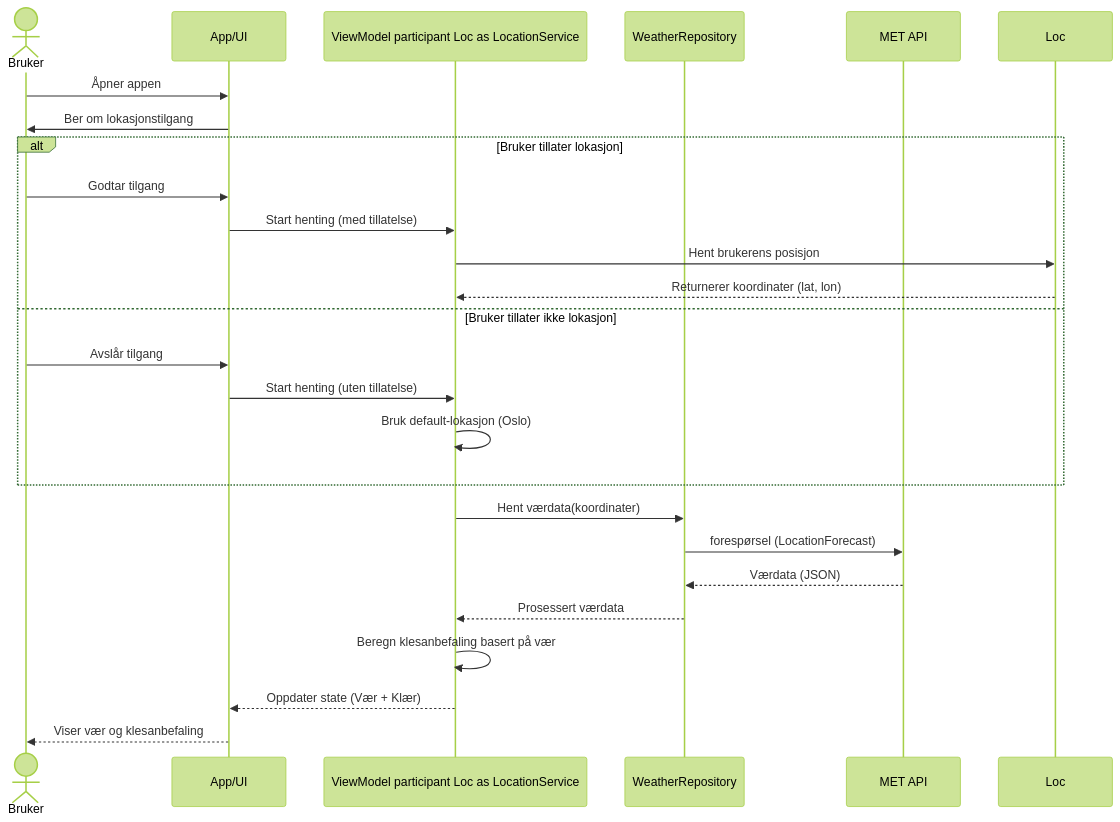
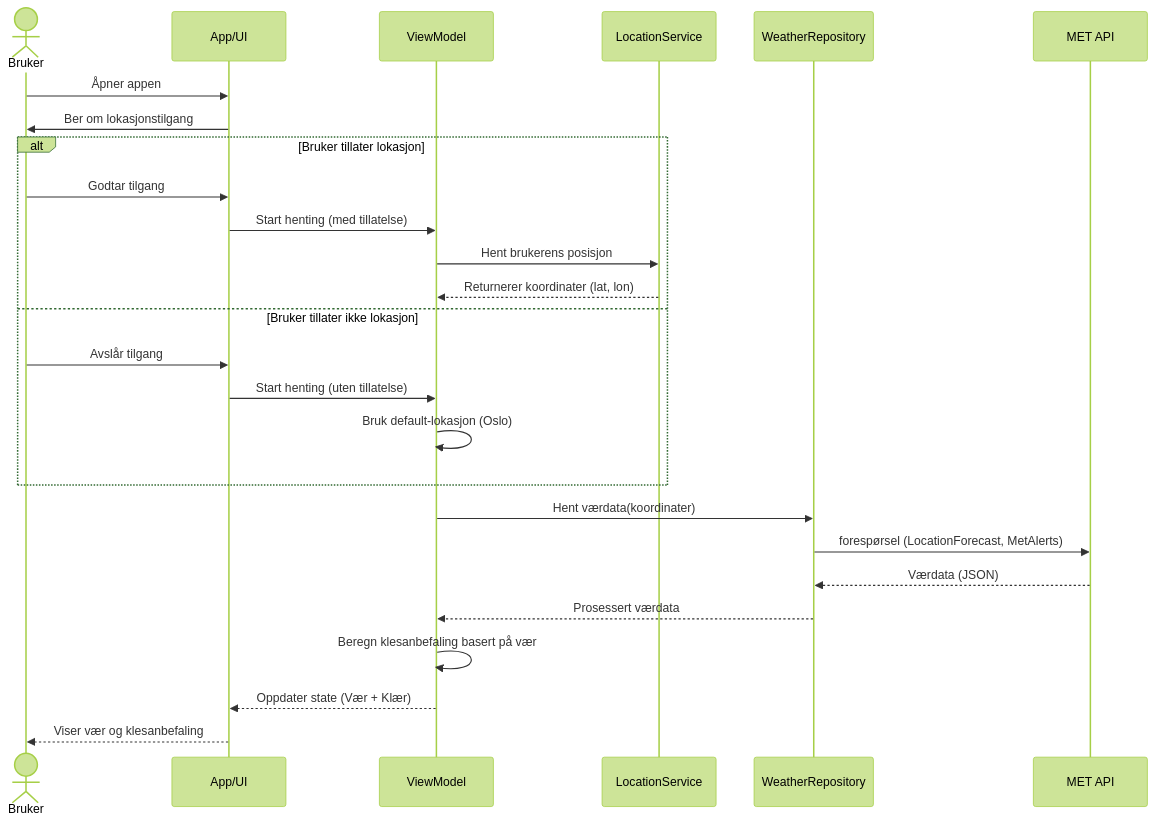
Before and after one commit to karolineogard/tskjortevaer-app: the third of 3 diagrams in MODELING.md, drawn with Mermaid (forest theme). The commit also changed other lines of this file, not shown here.

````diff
--- a/MODELING.md
+++ b/MODELING.md
@@ -100,31 +187,32 @@
 ```mermaid
 sequenceDiagram
     actor Bruker
     participant UI as App/UI
-    participant VM as ViewModel    participant Loc as LocationService
+    participant VM as ViewModel    
+    participant Loc as LocationService
     participant Repo as WeatherRepository
     participant API as MET API
 
     Bruker->>UI: Åpner appen
     UI->>Bruker: Ber om lokasjonstilgang
     
     alt Bruker tillater lokasjon
         Bruker->>UI: Godtar tilgang
         UI->>VM: Start henting (med tillatelse)
         VM->>Loc: Hent brukerens posisjon
         Loc-->>VM: Returnerer koordinater (lat, lon)
     else Bruker tillater ikke lokasjon
         Bruker->>UI: Avslår tilgang
         UI->>VM: Start henting (uten tillatelse)
         VM->>VM: Bruk default-lokasjon (Oslo)
     end
 
     VM->>Repo: Hent værdata(koordinater)
-    Repo->>API: forespørsel (LocationForecast)
+    Repo->>API: forespørsel (LocationForecast, MetAlerts)
     API-->>Repo: Værdata (JSON)
     Repo-->>VM: Prosessert værdata
     
     VM->>VM: Beregn klesanbefaling basert på vær
     VM-->>UI: Oppdater state (Vær + Klær)
     UI-->>Bruker: Viser vær og klesanbefaling
 ```
````
